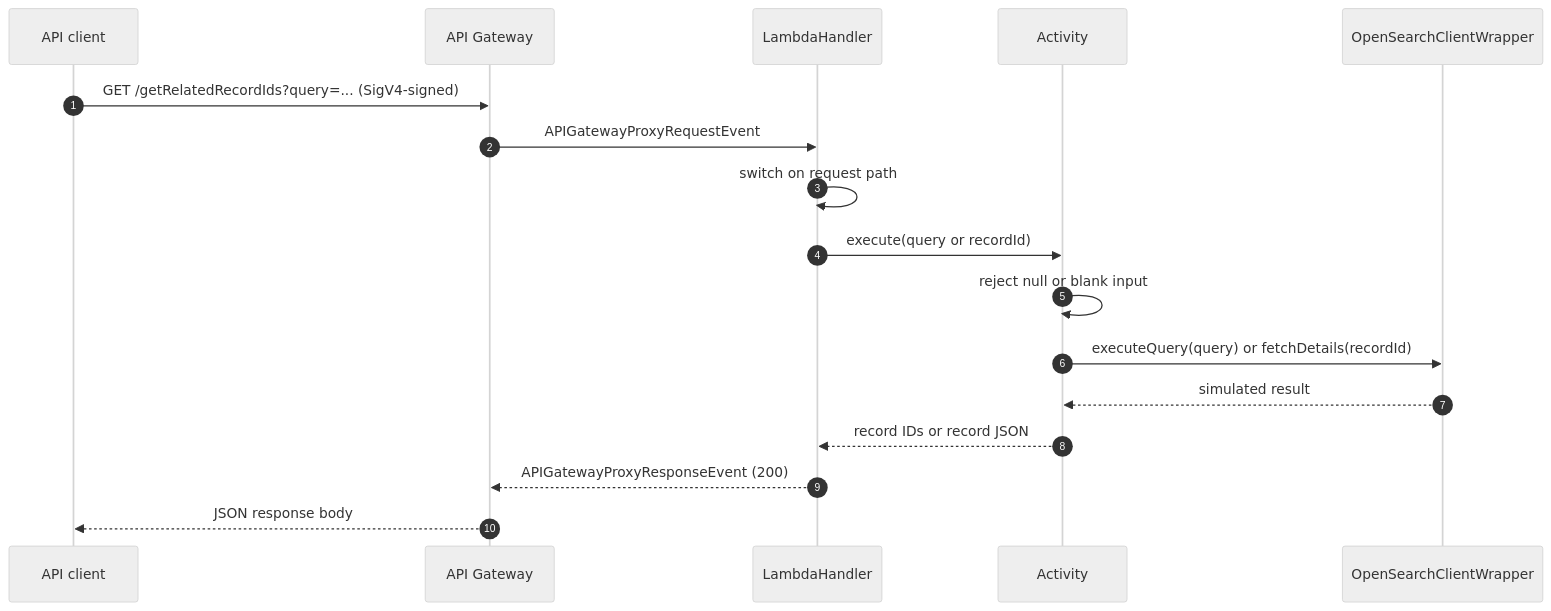
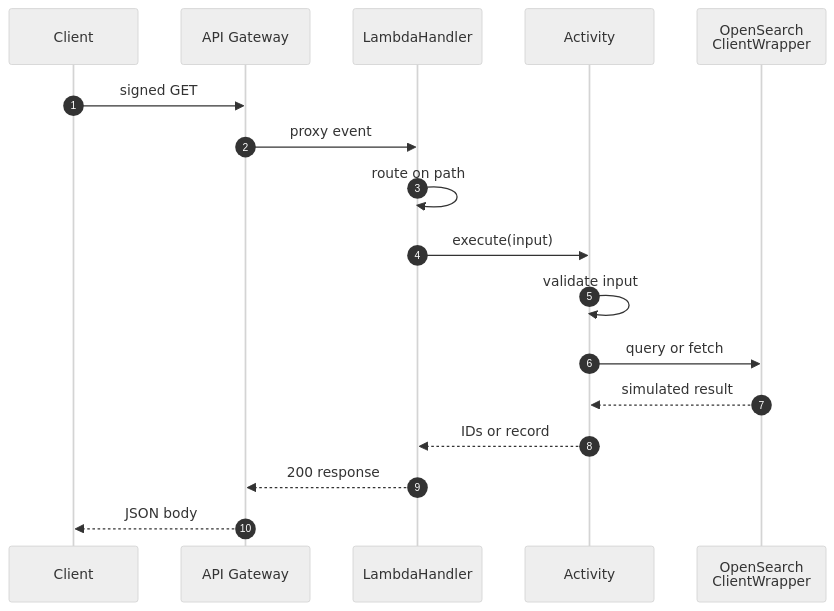
The first of 2 diagrams in README.md (samtindal/uspto-opensearch-connector), drawn with Mermaid (neutral theme) before and after one commit.

Commit message:
Shorten sequence diagram labels so it renders full size

````diff
--- a/README.md
+++ b/README.md
@@ -22,20 +22,20 @@
 ```mermaid
 sequenceDiagram
     autonumber
-    participant C as API client
+    participant C as Client
     participant G as API Gateway
     participant H as LambdaHandler
     participant A as Activity
-    participant W as OpenSearchClientWrapper
+    participant W as OpenSearch<br/>ClientWrapper
 
-    C->>G: GET /getRelatedRecordIds?query=... (SigV4-signed)
-    G->>H: APIGatewayProxyRequestEvent
-    H->>H: switch on request path
-    H->>A: execute(query or recordId)
-    A->>A: reject null or blank input
-    A->>W: executeQuery(query) or fetchDetails(recordId)
+    C->>G: signed GET
+    G->>H: proxy event
+    H->>H: route on path
+    H->>A: execute(input)
+    A->>A: validate input
+    A->>W: query or fetch
     W-->>A: simulated result
-    A-->>H: record IDs or record JSON
-    H-->>G: APIGatewayProxyResponseEvent (200)
-    G-->>C: JSON response body
+    A-->>H: IDs or record
+    H-->>G: 200 response
+    G-->>C: JSON body
 ```
````
